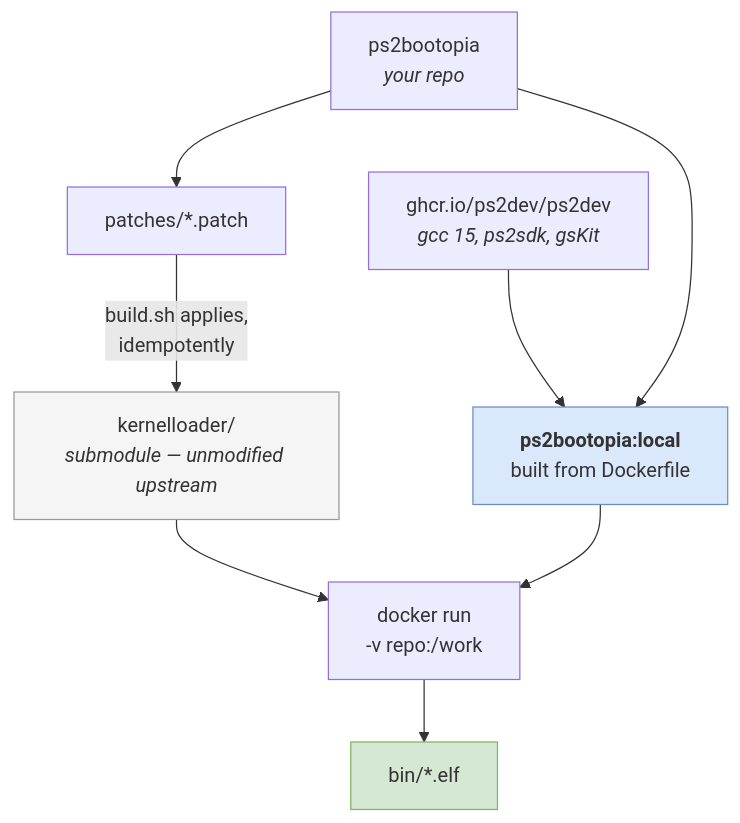
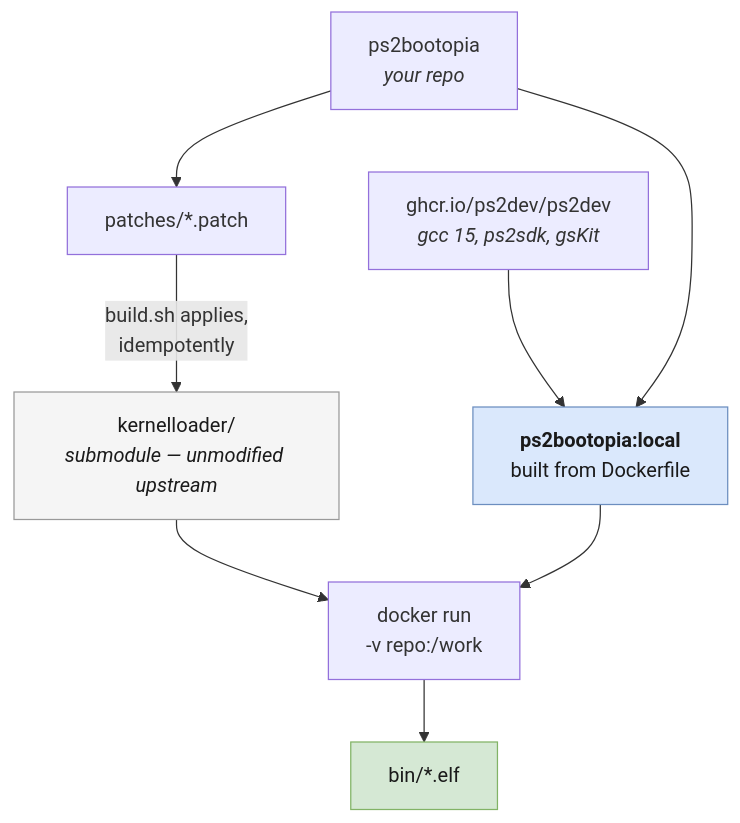
Before and after one commit to Arawn-Davies/kernelreloaded: the diagram in docs/build-environment.md, drawn with Mermaid. The commit also changed 2 other files, not shown here.

Commit message:
Fix mermaid contrast in dark mode
GitHub renders mermaid in the viewer's theme, so the explicit light
pastel fills kept the dark theme's light text colour and became
unreadable. Pin text to a dark colour on every node that sets a fill;
the fills are light in both themes so this is correct either way.

Also drops a sentence duplicated by the table below it.

````diff
--- a/docs/build-environment.md
+++ b/docs/build-environment.md
@@ -11,22 +11,22 @@
 ```mermaid
 flowchart TD
     REPO["ps2bootopia<br/><i>your repo</i>"]
     SUB["kernelloader/<br/><i>submodule — unmodified upstream</i>"]
     PATCH["patches/*.patch"]
     IMG["<b>ps2bootopia:local</b><br/>built from Dockerfile"]
     BASE["ghcr.io/ps2dev/ps2dev<br/><i>gcc 15, ps2sdk, gsKit</i>"]
     RUN["docker run<br/>-v repo:/work"]
     OUT["bin/*.elf"]
 
     BASE --> IMG
     REPO --> IMG
     REPO --> PATCH
     PATCH -->|"build.sh applies,<br/>idempotently"| SUB
     SUB --> RUN
     IMG --> RUN
     RUN --> OUT
 
-    style IMG fill:#dae8fc,stroke:#6c8ebf
-    style SUB fill:#f5f5f5,stroke:#999
-    style OUT fill:#d5e8d4,stroke:#82b366
+    style IMG fill:#dae8fc,stroke:#6c8ebf,color:#1a1a1a
+    style SUB fill:#f5f5f5,stroke:#999,color:#1a1a1a
+    style OUT fill:#d5e8d4,stroke:#82b366,color:#1a1a1a
 ```
````
